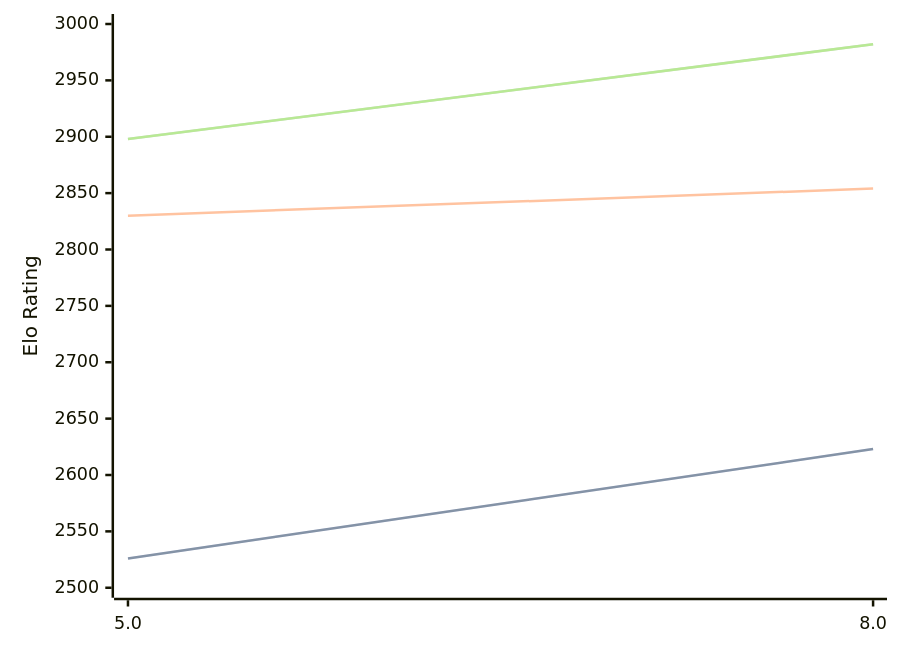
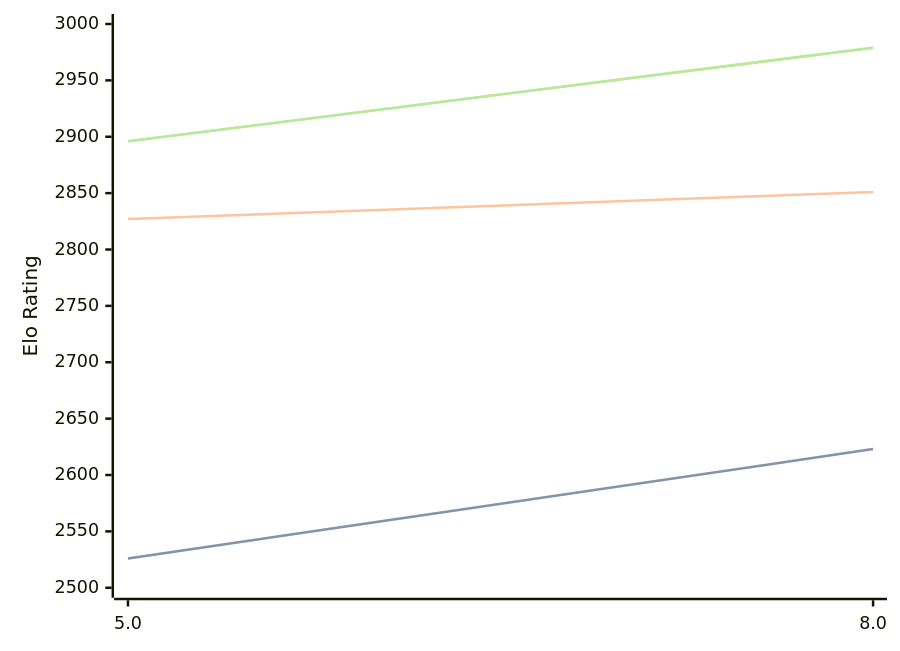
One commit to computer-chess-index/cci changed the diagram in engines/4kc.md. Above: the diagram before and after it, drawn with Mermaid. The commit also changed other lines of this file, not shown here.

Commit message:
Update CCI Ratings (ELO VLTC) - 2026-04-23

````diff
--- a/engines/4kc.md
+++ b/engines/4kc.md
@@ -41,11 +41,11 @@
 ```mermaid
 %%{init: {"theme":"base","themeVariables":{"seriesColors:['#a3a3a3','#222221','#faa371']}}}%%
 xychart-beta
   x-axis ["5.0", "8.0"]
   y-axis "Elo Rating" 2500 --> 3000
   line "STC (8.0+0.08s)" [2526, 2623]
   line "STC (8.0+0.08s)" [2526, 2623]
-  line "LTC (60.0+0.60s)" [2830, 2854]
-  line "VLTC (2m24s+1.12s)" [2898, 2982]
-  line "VLTC (2m24s+1.12s)" [2898, 2982]
+  line "LTC (60.0+0.60s)" [2827, 2851]
+  line "VLTC (2m24s+1.12s)" [2896, 2979]
+  line "VLTC (2m24s+1.12s)" [2896, 2979]
 ```
````
